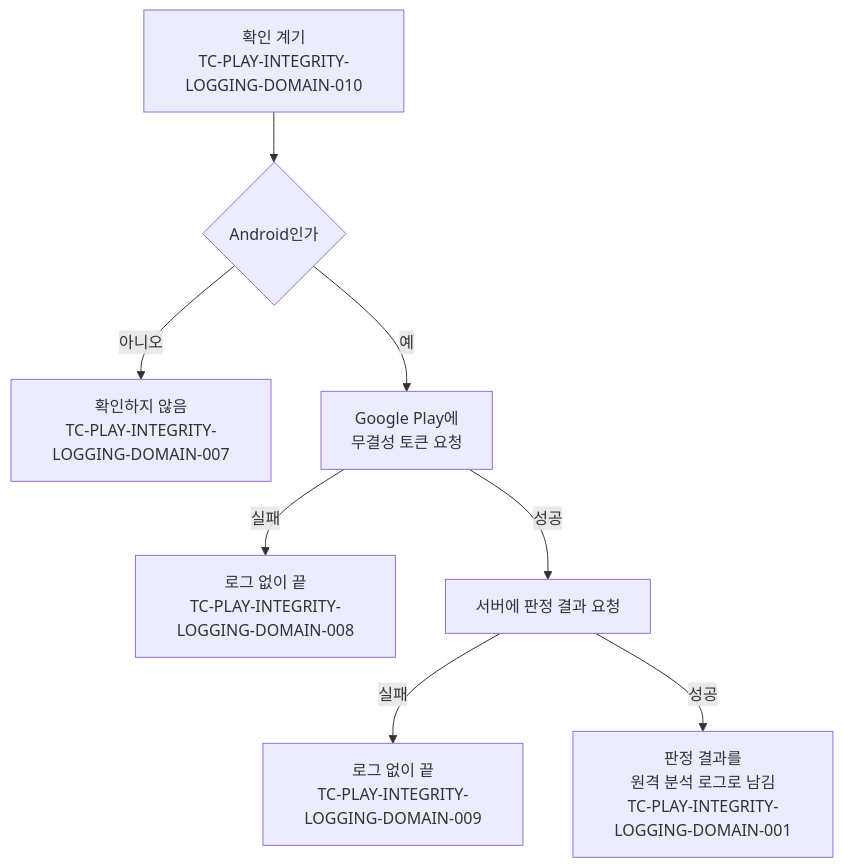
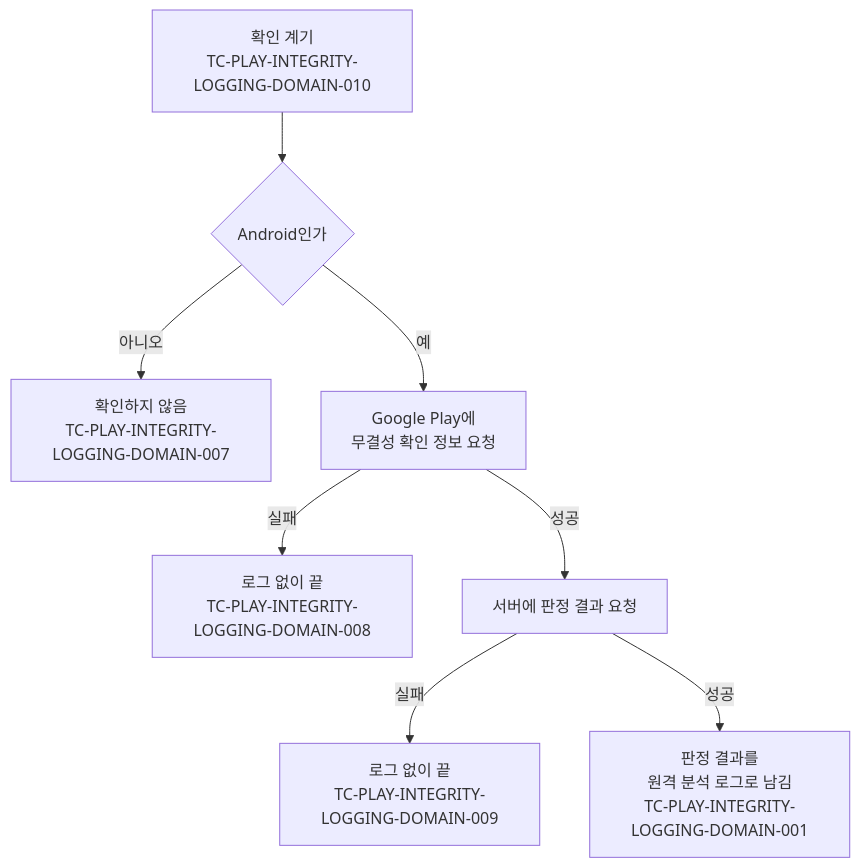
The diagram in docs/testcase/play-integrity-logging.md (taetae98coding/DiaryKMP), drawn with Mermaid before and after one commit. The commit also changed other lines of this file and 492 other files, not shown here.

````diff
--- a/docs/testcase/play-integrity-logging.md
+++ b/docs/testcase/play-integrity-logging.md
@@ -7,10 +9,10 @@
 ```mermaid
 flowchart TD
     Trigger["확인 계기<br/>TC-PLAY-INTEGRITY-LOGGING-DOMAIN-010"] --> Platform{"Android인가"}
     Platform -- 아니오 --> Skip["확인하지 않음<br/>TC-PLAY-INTEGRITY-LOGGING-DOMAIN-007"]
-    Platform -- 예 --> Token["Google Play에<br/>무결성 토큰 요청"]
+    Platform -- 예 --> Token["Google Play에<br/>무결성 확인 정보 요청"]
     Token -- 실패 --> TokenFail["로그 없이 끝<br/>TC-PLAY-INTEGRITY-LOGGING-DOMAIN-008"]
     Token -- 성공 --> Server["서버에 판정 결과 요청"]
     Server -- 실패 --> ServerFail["로그 없이 끝<br/>TC-PLAY-INTEGRITY-LOGGING-DOMAIN-009"]
     Server -- 성공 --> Log["판정 결과를<br/>원격 분석 로그로 남김<br/>TC-PLAY-INTEGRITY-LOGGING-DOMAIN-001"]
 ```
````
